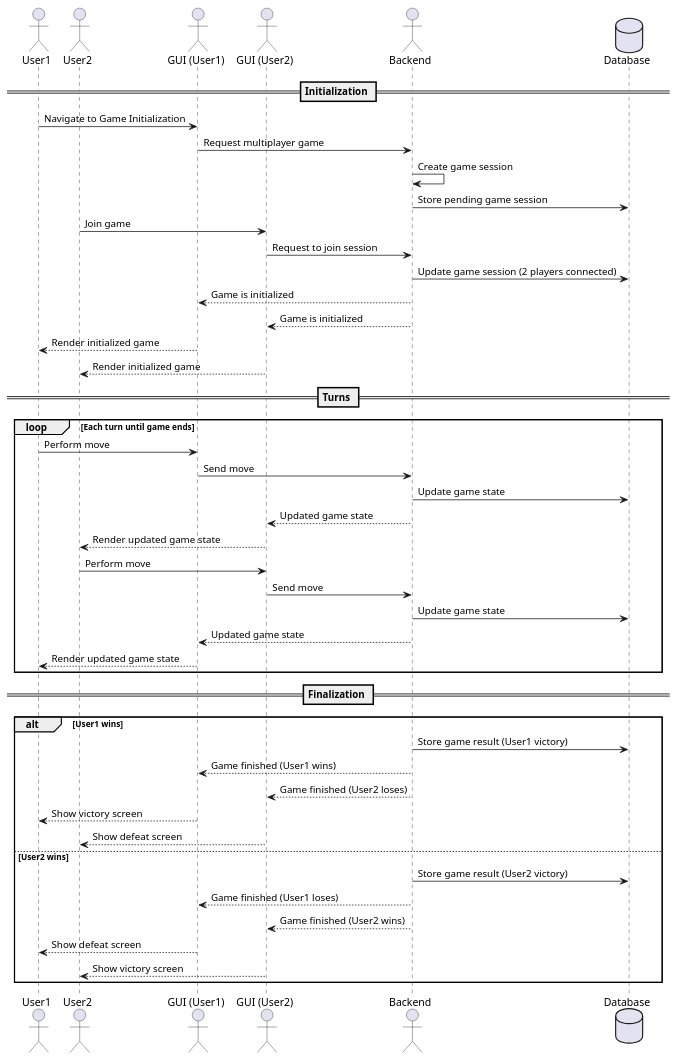
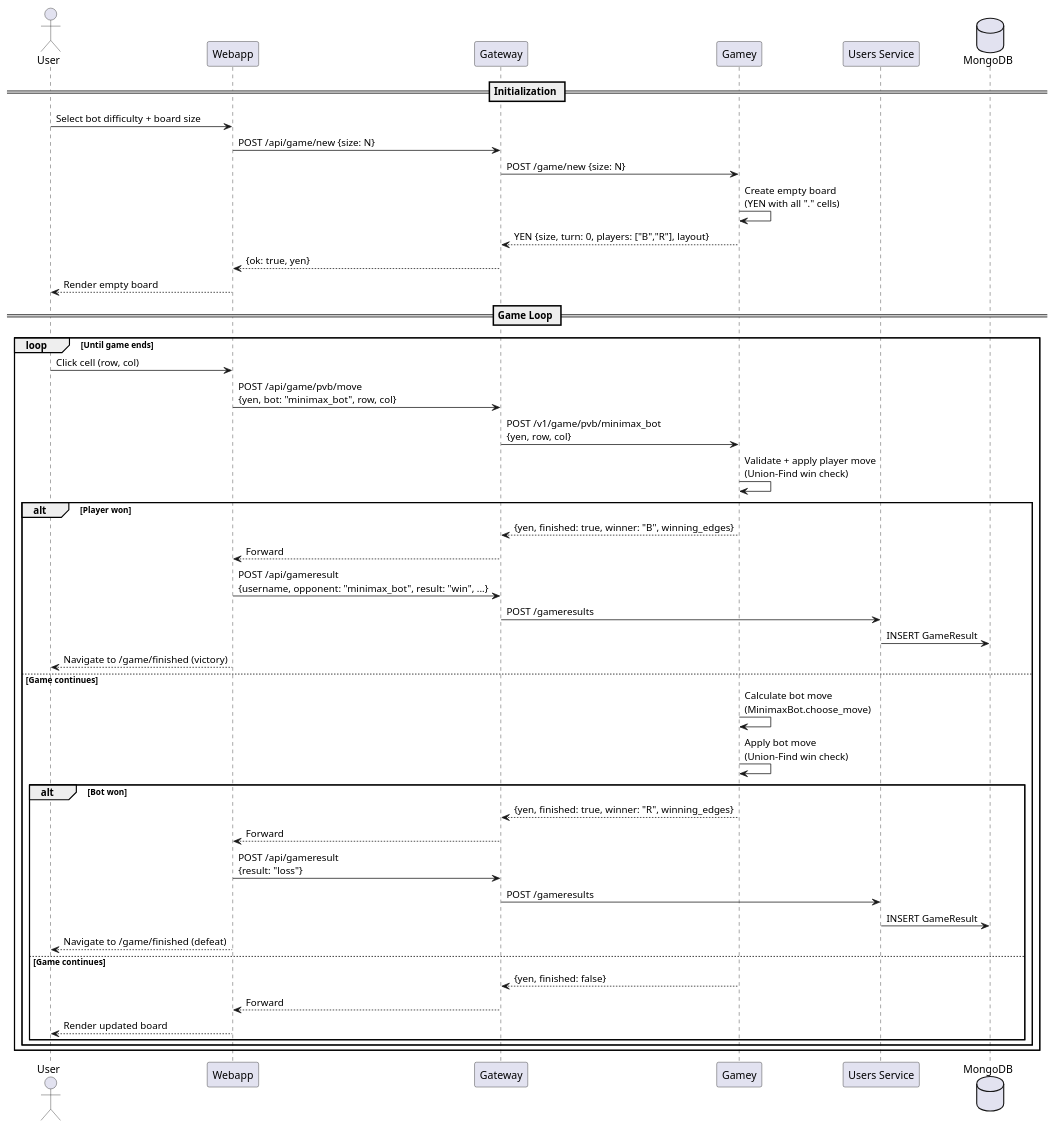
One commit to Arquisoft/yovi_en2c changed the third of 11 diagrams in docs/src/06_runtime_view.adoc. Above: the diagram before and after it, drawn with PlantUML. The commit also changed other lines of this file, not shown here.

```diff
--- a/docs/src/06_runtime_view.adoc
+++ b/docs/src/06_runtime_view.adoc
@@ -90,56 +119,54 @@
-[plantuml,"User VS User Game Diagram",png]
+[plantuml,"PvM Game Sequence",png]
 ----
-actor User1
-actor User2
-actor GUI1 as "GUI (User1)"
-actor GUI2 as "GUI (User2)"
-actor Backend
-database Database as "Database"
+@startuml
+actor "User" as User
+participant "Webapp" as WA
+participant "Gateway" as GW
+participant "Gamey" as Gamey
+participant "Users Service" as Users
+database "MongoDB" as DB
 
 == Initialization ==
-User1 -> GUI1: Navigate to Game Initialization
-GUI1 -> Backend: Request multiplayer game
+User -> WA: Select bot difficulty + board size
+WA -> GW: POST /api/game/new {size: N}
+GW -> Gamey: POST /game/new {size: N}
+Gamey -> Gamey: Create empty board\n(YEN with all "." cells)
+Gamey --> GW: YEN {size, turn: 0, players: ["B","R"], layout}
+GW --> WA: {ok: true, yen}
+WA --> User: Render empty board
 
-Backend -> Backend: Create game session
-Backend -> Database: Store pending game session
+== Game Loop ==
+loop Until game ends
+    User -> WA: Click cell (row, col)
+    WA -> GW: POST /api/game/pvb/move\n{yen, bot: "minimax_bot", row, col}
+    GW -> Gamey: POST /v1/game/pvb/minimax_bot\n{yen, row, col}
 
-User2 -> GUI2: Join game
-GUI2 -> Backend: Request to join session
-Backend -> Database: Update game session (2 players connected)
+    Gamey -> Gamey: Validate + apply player move\n(Union-Find win check)
 
-Backend --> GUI1: Game is initialized
-Backend --> GUI2: Game is initialized
+    alt Player won
+        Gamey --> GW: {yen, finished: true, winner: "B", winning_edges}
+        GW --> WA: Forward
+        WA -> GW: POST /api/gameresult\n{username, opponent: "minimax_bot", result: "win", ...}
+        GW -> Users: POST /gameresults
+        Users -> DB: INSERT GameResult
+        WA --> User: Navigate to /game/finished (victory)
+    else Game continues
+        Gamey -> Gamey: Calculate bot move\n(MinimaxBot.choose_move)
+        Gamey -> Gamey: Apply bot move\n(Union-Find win check)
 
-GUI1 --> User1: Render initialized game
-GUI2 --> User2: Render initialized game
-
-== Turns ==
-loop Each turn until game ends
-    User1 -> GUI1: Perform move
-    GUI1 -> Backend: Send move
-    Backend -> Database: Update game state
-    Backend --> GUI2: Updated game state
-    GUI2 --> User2: Render updated game state
-
-    User2 -> GUI2: Perform move
-    GUI2 -> Backend: Send move
-    Backend -> Database: Update game state
-    Backend --> GUI1: Updated game state
-    GUI1 --> User1: Render updated game state
+        alt Bot won
+            Gamey --> GW: {yen, finished: true, winner: "R", winning_edges}
+            GW --> WA: Forward
+            WA -> GW: POST /api/gameresult\n{result: "loss"}
+            GW -> Users: POST /gameresults
+            Users -> DB: INSERT GameResult
+            WA --> User: Navigate to /game/finished (defeat)
+        else Game continues
+            Gamey --> GW: {yen, finished: false}
+            GW --> WA: Forward
+            WA --> User: Render updated board
+        end
+    end
 end
-
-== Finalization ==
-alt User1 wins
-    Backend -> Database: Store game result (User1 victory)
-    Backend --> GUI1: Game finished (User1 wins)
-    Backend --> GUI2: Game finished (User2 loses)
-    GUI1 --> User1: Show victory screen
-    GUI2 --> User2: Show defeat screen
-else User2 wins
-    Backend -> Database: Store game result (User2 victory)
-    Backend --> GUI1: Game finished (User1 loses)
-    Backend --> GUI2: Game finished (User2 wins)
-    GUI1 --> User1: Show defeat screen
-    GUI2 --> User2: Show victory screen
-end
+@enduml
 ----
```
